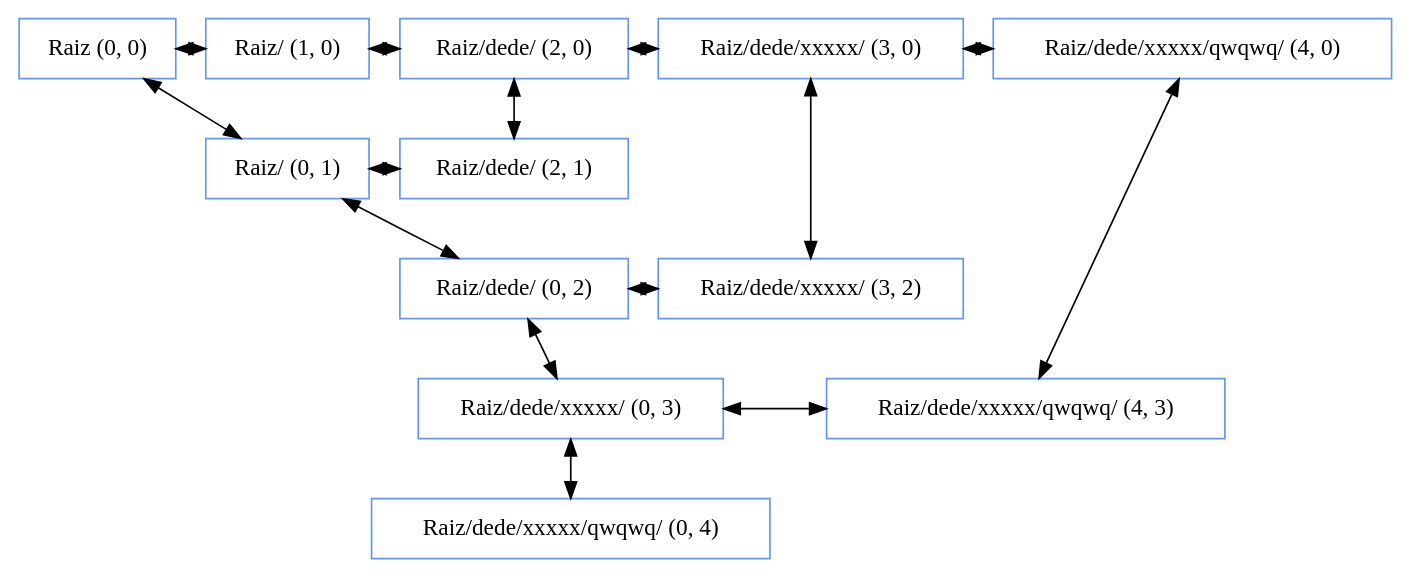
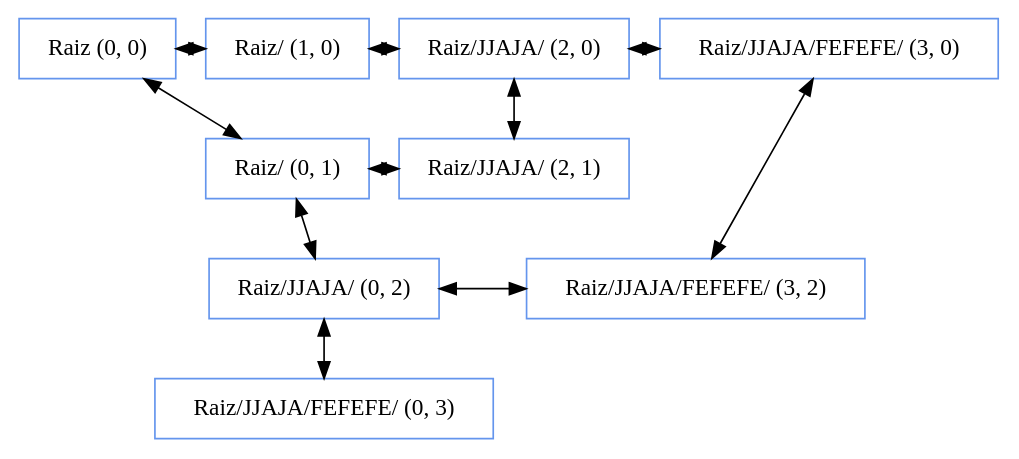
The diagram in Matriz.dot (fraced97/EDD_2S2019_PY2_201700350), drawn with Graphviz before and after one commit. The commit also changed 10 other files, not shown here.

```diff
--- a/Matriz.dot
+++ b/Matriz.dot
@@ -1,32 +1,24 @@
 digraph G {
 
 node [shape=box, color=cornflowerblue ];
 "Raiz (0, 0) "->"Raiz/ (0, 1) "[dir=both];
-"Raiz/ (0, 1) "->"Raiz/dede/ (0, 2) "[dir=both];
-"Raiz/dede/ (0, 2) "->"Raiz/dede/xxxxx/ (0, 3) "[dir=both];
-"Raiz/dede/xxxxx/ (0, 3) "->"Raiz/dede/xxxxx/qwqwq/ (0, 4) "[dir=both];
-"Raiz/dede/ (2, 0) "->"Raiz/dede/ (2, 1) "[dir=both];
-"Raiz/dede/xxxxx/ (3, 0) "->"Raiz/dede/xxxxx/ (3, 2) "[dir=both];
-"Raiz/dede/xxxxx/qwqwq/ (4, 0) "->"Raiz/dede/xxxxx/qwqwq/ (4, 3) "[dir=both];
+"Raiz/ (0, 1) "->"Raiz/JJAJA/ (0, 2) "[dir=both];
+"Raiz/JJAJA/ (0, 2) "->"Raiz/JJAJA/FEFEFE/ (0, 3) "[dir=both];
+"Raiz/JJAJA/ (2, 0) "->"Raiz/JJAJA/ (2, 1) "[dir=both];
+"Raiz/JJAJA/FEFEFE/ (3, 0) "->"Raiz/JJAJA/FEFEFE/ (3, 2) "[dir=both];
 rank=same{
 "Raiz (0, 0) "->"Raiz/ (1, 0) "[dir=both];
 }
 rank=same{
-"Raiz/ (1, 0) "->"Raiz/dede/ (2, 0) "[dir=both];
+"Raiz/ (1, 0) "->"Raiz/JJAJA/ (2, 0) "[dir=both];
 }
 rank=same{
-"Raiz/dede/ (2, 0) "->"Raiz/dede/xxxxx/ (3, 0) "[dir=both];
+"Raiz/JJAJA/ (2, 0) "->"Raiz/JJAJA/FEFEFE/ (3, 0) "[dir=both];
 }
 rank=same{
-"Raiz/dede/xxxxx/ (3, 0) "->"Raiz/dede/xxxxx/qwqwq/ (4, 0) "[dir=both];
+"Raiz/ (0, 1) "->"Raiz/JJAJA/ (2, 1) "[dir=both];
 }
 rank=same{
-"Raiz/ (0, 1) "->"Raiz/dede/ (2, 1) "[dir=both];
-}
-rank=same{
-"Raiz/dede/ (0, 2) "->"Raiz/dede/xxxxx/ (3, 2) "[dir=both];
-}
-rank=same{
-"Raiz/dede/xxxxx/ (0, 3) "->"Raiz/dede/xxxxx/qwqwq/ (4, 3) "[dir=both];
+"Raiz/JJAJA/ (0, 2) "->"Raiz/JJAJA/FEFEFE/ (3, 2) "[dir=both];
 }
 }
```
